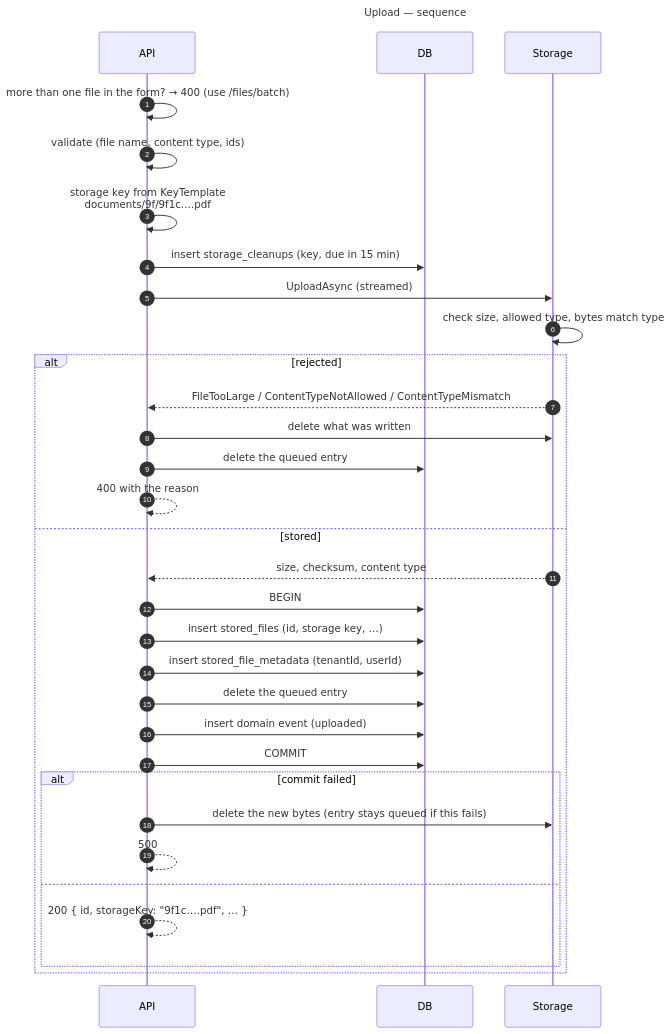
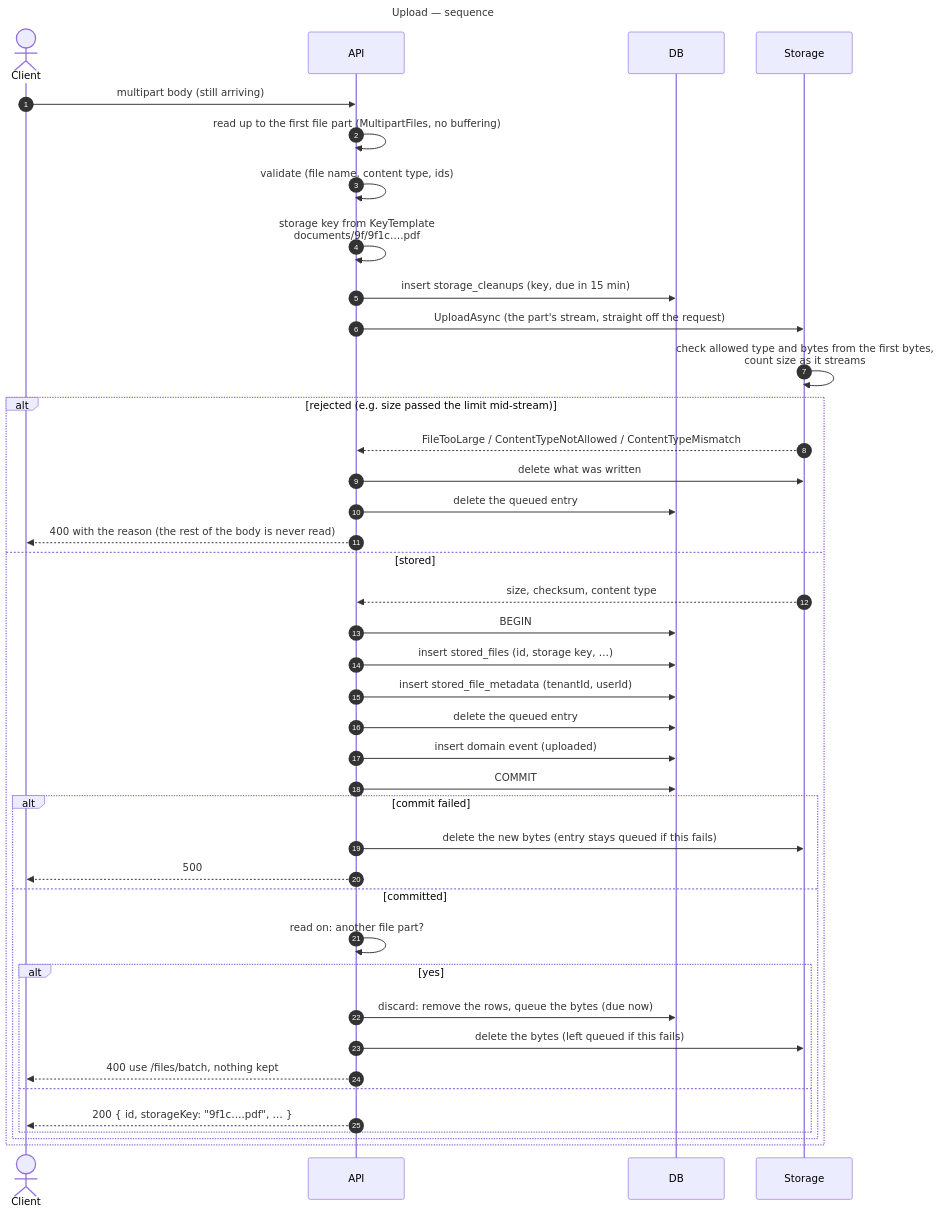
The third of 14 diagrams in docs/sequence-diagrams.md (gmetskhvarishvili/GM.FileStorage.Samples), drawn with Mermaid before and after one commit. The commit also changed other lines of this file and 15 other files, not shown here.

First line of the commit message:
feat: stream uploads straight into storage

````diff
--- a/docs/sequence-diagrams.md
+++ b/docs/sequence-diagrams.md
@@ -93,37 +93,46 @@
 ```mermaid
 ---
 title: Upload — sequence
 ---
 sequenceDiagram
     autonumber
+    actor C as Client
     participant API
     participant DB
     participant S as Storage
 
-    API->>API: more than one file in the form? → 400 (use /files/batch)
+    C->>API: multipart body (still arriving)
+    API->>API: read up to the first file part (MultipartFiles, no buffering)
     API->>API: validate (file name, content type, ids)
     API->>API: storage key from KeyTemplate<br/>documents/9f/9f1c….pdf
     API->>DB: insert storage_cleanups (key, due in 15 min)
-    API->>S: UploadAsync (streamed)
-    S->>S: check size, allowed type, bytes match type
-    alt rejected
+    API->>S: UploadAsync (the part's stream, straight off the request)
+    S->>S: check allowed type and bytes from the first bytes,<br/>count size as it streams
+    alt rejected (e.g. size passed the limit mid-stream)
         S-->>API: FileTooLarge / ContentTypeNotAllowed / ContentTypeMismatch
         API->>S: delete what was written
         API->>DB: delete the queued entry
-        API-->>API: 400 with the reason
+        API-->>C: 400 with the reason (the rest of the body is never read)
     else stored
         S-->>API: size, checksum, content type
         API->>DB: BEGIN
         API->>DB: insert stored_files (id, storage key, …)
         API->>DB: insert stored_file_metadata (tenantId, userId)
         API->>DB: delete the queued entry
         API->>DB: insert domain event (uploaded)
         API->>DB: COMMIT
         alt commit failed
             API->>S: delete the new bytes (entry stays queued if this fails)
-            API-->>API: 500
-        else
-            API-->>API: 200 { id, storageKey: "9f1c….pdf", … }
+            API-->>C: 500
+        else committed
+            API->>API: read on: another file part?
+            alt yes
+                API->>DB: discard: remove the rows, queue the bytes (due now)
+                API->>S: delete the bytes (left queued if this fails)
+                API-->>C: 400 use /files/batch, nothing kept
+            else
+                API-->>C: 200 { id, storageKey: "9f1c….pdf", … }
+            end
         end
     end
 ```
````
